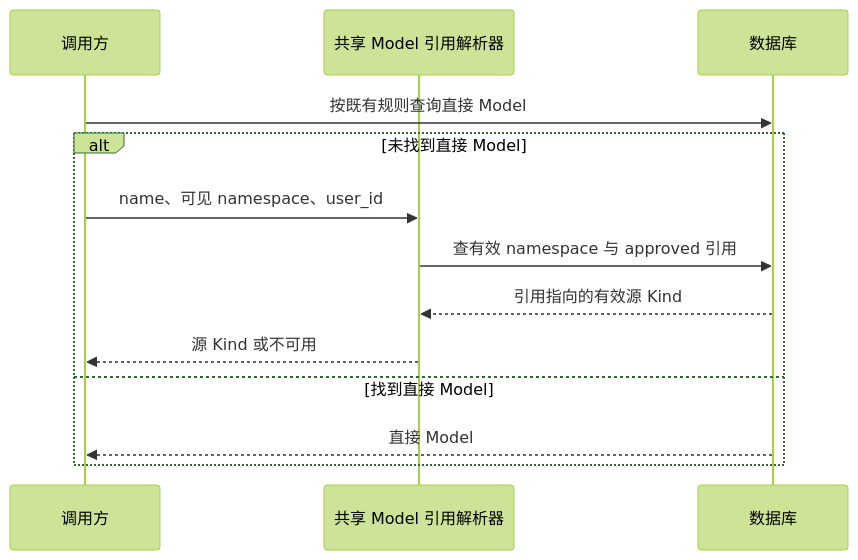
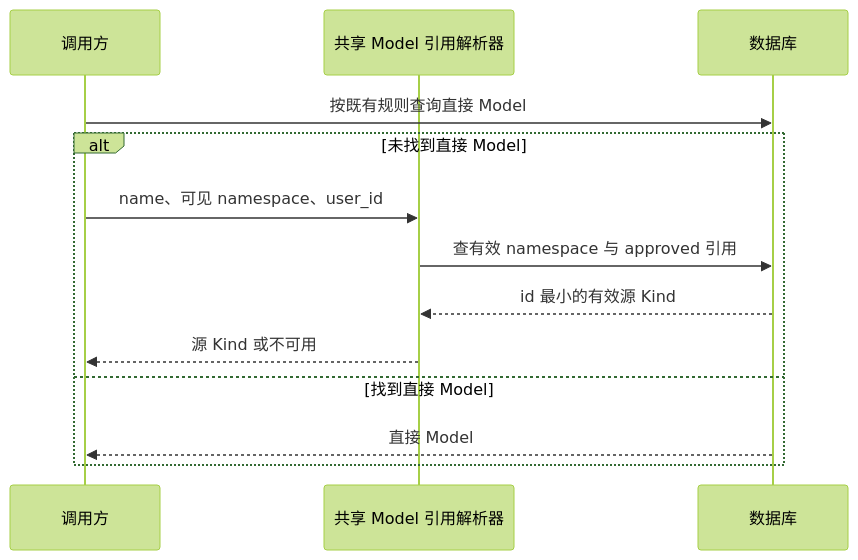
The second of 2 diagrams in docs/zh/architecture/capability-reference-resolution.md (wecode-ai/Wegent), drawn with Mermaid (forest theme) before and after one commit. The commit also changed other lines of this file and 6 other files, not shown here.

````diff
--- a/docs/zh/architecture/capability-reference-resolution.md
+++ b/docs/zh/architecture/capability-reference-resolution.md
@@ -25,15 +25,15 @@
 ```mermaid
 sequenceDiagram
     participant C as 调用方
     participant R as 共享 Model 引用解析器
     participant DB as 数据库
     C->>DB: 按既有规则查询直接 Model
     alt 未找到直接 Model
         C->>R: name、可见 namespace、user_id
         R->>DB: 查有效 namespace 与 approved 引用
-        DB-->>R: 引用指向的有效源 Kind
+        DB-->>R: id 最小的有效源 Kind
         R-->>C: 源 Kind 或不可用
     else 找到直接 Model
         DB-->>C: 直接 Model
     end
 ```
````
